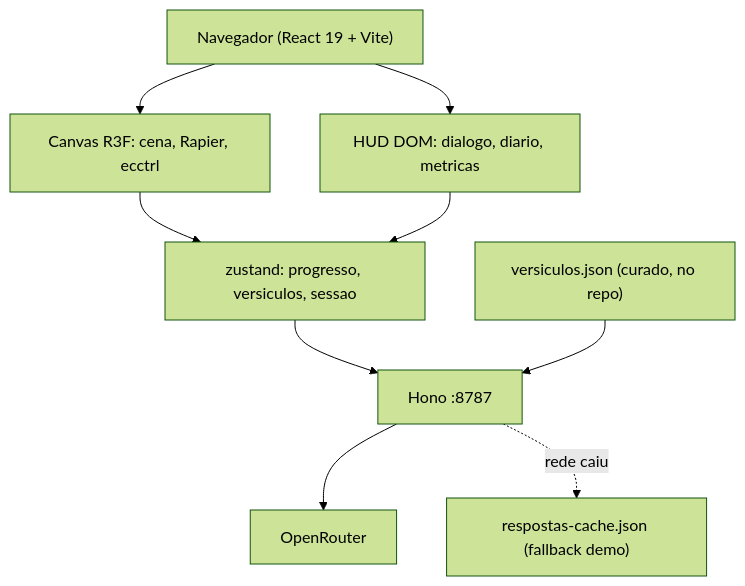
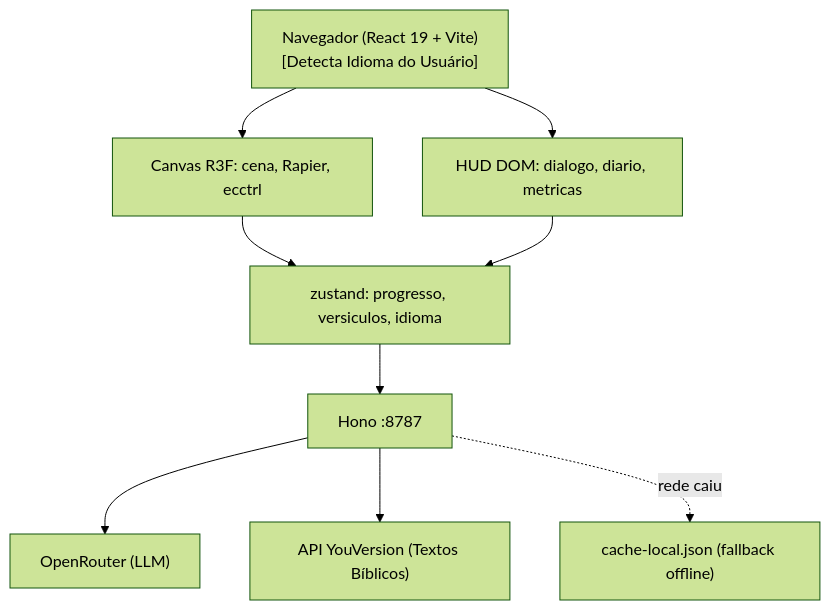
Before and after one commit to amen-js/Selah: the diagram in plans/jogo_bíblico_3d_web_b3f76245.plan.md, drawn with Mermaid (forest theme). The commit also changed other lines of this file, not shown here.

Commit message:
docs(plan): update biblical data source to YouVersion API

````diff
--- a/plans/jogo_bíblico_3d_web_b3f76245.plan.md
+++ b/plans/jogo_bíblico_3d_web_b3f76245.plan.md
@@ -137,20 +140,20 @@
 ```mermaid
 flowchart TD
-    Browser["Navegador (React 19 + Vite)"]
+    Browser["Navegador (React 19 + Vite)\n[Detecta Idioma do Usuário]"]
     R3F["Canvas R3F: cena, Rapier, ecctrl"]
     HUD["HUD DOM: dialogo, diario, metricas"]
-    Store["zustand: progresso, versiculos, sessao"]
+    Store["zustand: progresso, versiculos, idioma"]
     Proxy["Hono :8787"]
-    OR["OpenRouter"]
-    JSON["versiculos.json (curado, no repo)"]
-    Cache["respostas-cache.json (fallback demo)"]
+    OR["OpenRouter (LLM)"]
+    YV["API YouVersion (Textos Bíblicos)"]
+    Cache["cache-local.json (fallback offline)"]
 
     Browser --> R3F
     Browser --> HUD
     R3F --> Store
     HUD --> Store
     Store --> Proxy
-    JSON --> Proxy
     Proxy --> OR
+    Proxy --> YV
     Proxy -.->|"rede caiu"| Cache
 ```
````
